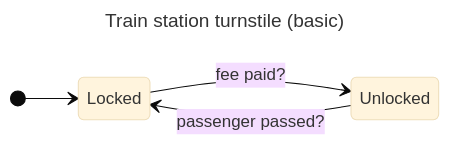
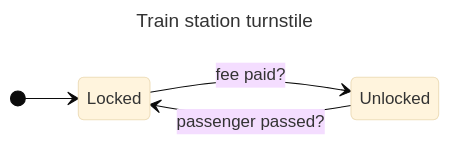
Before and after one commit to mugenmelon/mugenmelon.github.io: the second of 2 diagrams in _posts/1970-01-01-misunderstanding-state-machines.md, drawn with Mermaid (base theme). The commit also changed other lines of this file, not shown here.

```diff
--- a/_posts/1970-01-01-misunderstanding-state-machines.md
+++ b/_posts/1970-01-01-misunderstanding-state-machines.md
@@ -74,11 +72,11 @@
 <pre class="mermaid">
 ---
-title: Train station turnstile (basic)
+title: Train station turnstile
 ---
 stateDiagram-v2
     direction LR
 
     [*] --> Locked
     Locked --> Unlocked: fee paid?
     Unlocked --> Locked: passenger passed?
 </pre>
```
